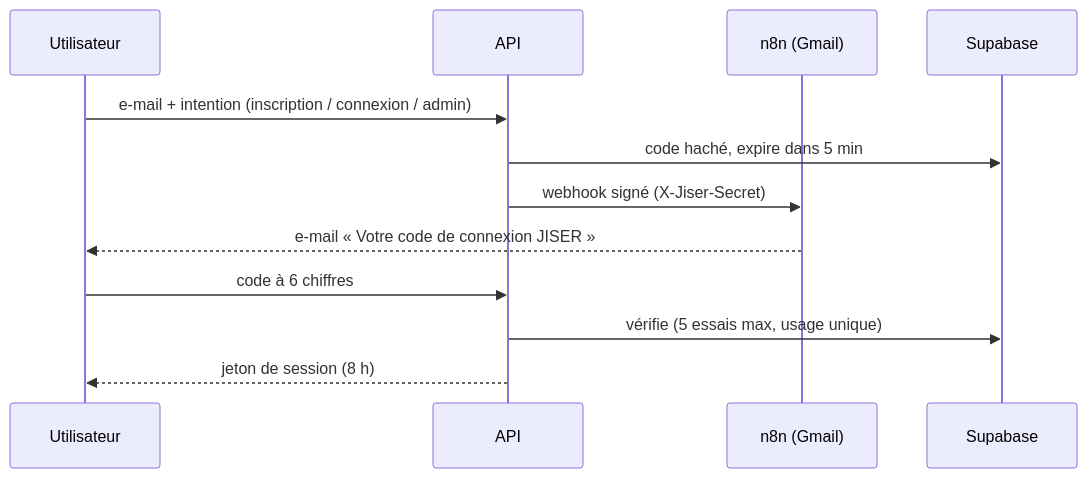
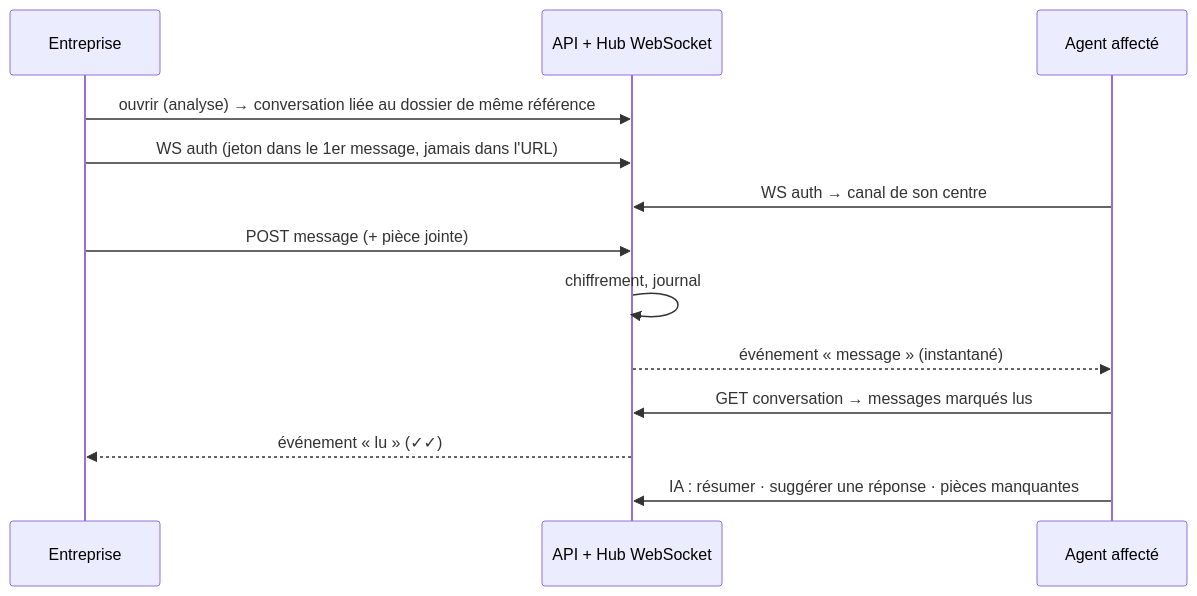
The fourth of 5 diagrams in docs/ARCHITECTURE.md (EyaAzzabi/Jiser-code), drawn with Mermaid before and after one commit. The commit also changed other lines of this file and 79 other files, not shown here.

````diff
--- a/docs/ARCHITECTURE.md
+++ b/docs/ARCHITECTURE.md
@@ -233,14 +232,15 @@
 ```mermaid
 sequenceDiagram
-    participant U as Utilisateur
-    participant A as API
-    participant N as n8n (Gmail)
-    participant D as Supabase
-    U->>A: e-mail + intention (inscription / connexion / admin)
-    A->>D: code haché, expire dans 5 min
-    A->>N: webhook signé (X-Jiser-Secret)
-    N-->>U: e-mail « Votre code de connexion JISER »
-    U->>A: code à 6 chiffres
-    A->>D: vérifie (5 essais max, usage unique)
-    A-->>U: jeton de session (8 h)
+    participant E as Entreprise
+    participant API as API + Hub WebSocket
+    participant A as Agent affecté
+    E->>API: ouvrir (analyse) → conversation liée au dossier de même référence
+    E->>API: WS auth (jeton dans le 1er message, jamais dans l'URL)
+    A->>API: WS auth → canal de son centre
+    E->>API: POST message (+ pièce jointe)
+    API->>API: chiffrement, journal
+    API-->>A: événement « message » (instantané)
+    A->>API: GET conversation → messages marqués lus
+    API-->>E: événement « lu » (✓✓)
+    A->>API: IA : résumer · suggérer une réponse · pièces manquantes
 ```
````
